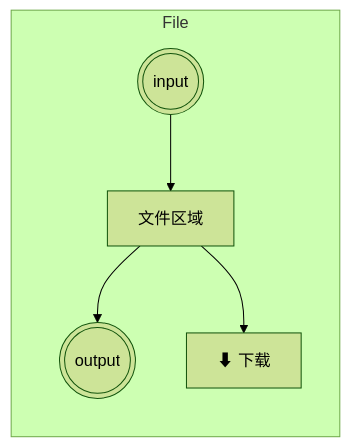
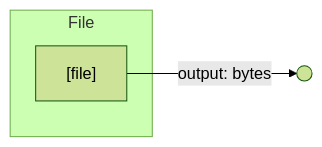
The fourth of 7 diagrams in docs/product/low-code-canvas.md (sisi0318/tool-website), drawn with Mermaid (forest theme) before and after one commit. The commit also changed other lines of this file and 3 other files, not shown here.

````diff
--- a/docs/product/low-code-canvas.md
+++ b/docs/product/low-code-canvas.md
@@ -96,8 +87,7 @@
 ```mermaid
 graph LR
     subgraph FileNode ["File"]
-        in((("input"))) --> value["文件区域"]
-        value --> out((("output")))
-        value --> download["⬇ 下载"]
+        file["[file]"]
     end
+    file -->|"output: bytes"| out(( ))
 ```
````
